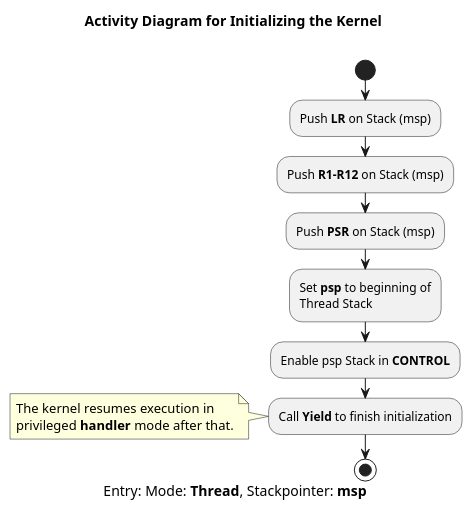
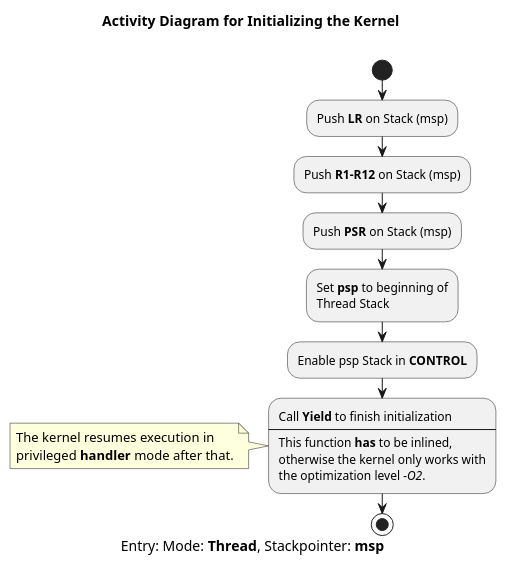
The diagram in doc/UML/ACT_OTOS_InitKernel.puml (SebastianOberschwendtner/OTOS), drawn with PlantUML before and after one commit. The commit also changed 2 other files, not shown here.

```diff
--- a/doc/UML/ACT_OTOS_InitKernel.puml
+++ b/doc/UML/ACT_OTOS_InitKernel.puml
@@ -1,18 +1,22 @@
 @startuml ACT_OTOS_InitKernel
 title Activity Diagram for **Initializing the Kernel** \n
 caption Entry: Mode: **Thread**, Stackpointer: **msp**
 
 start
 :Push **LR** on Stack (msp);
 :Push **R1-R12** on Stack (msp);
 :Push **PSR** on Stack (msp);
 :Set **psp** to beginning of
 Thread Stack;
 :Enable psp Stack in **CONTROL**;
-:Call **Yield** to finish initialization;
+:Call **Yield** to finish initialization
+----
+This function **has** to be inlined,
+otherwise the kernel only works with
+the optimization level //-O2//.;
 note left
     The kernel resumes execution in
     privileged **handler** mode after that.
 endnote
 stop
 @enduml
```
